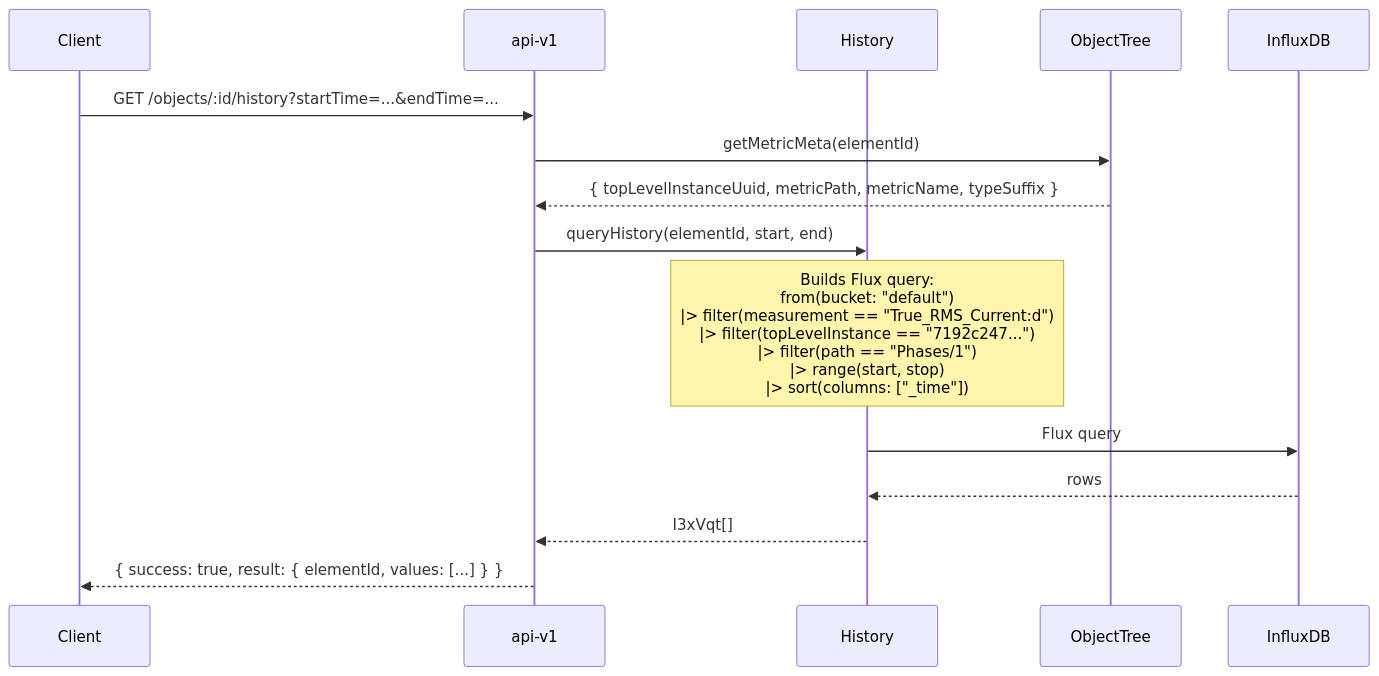
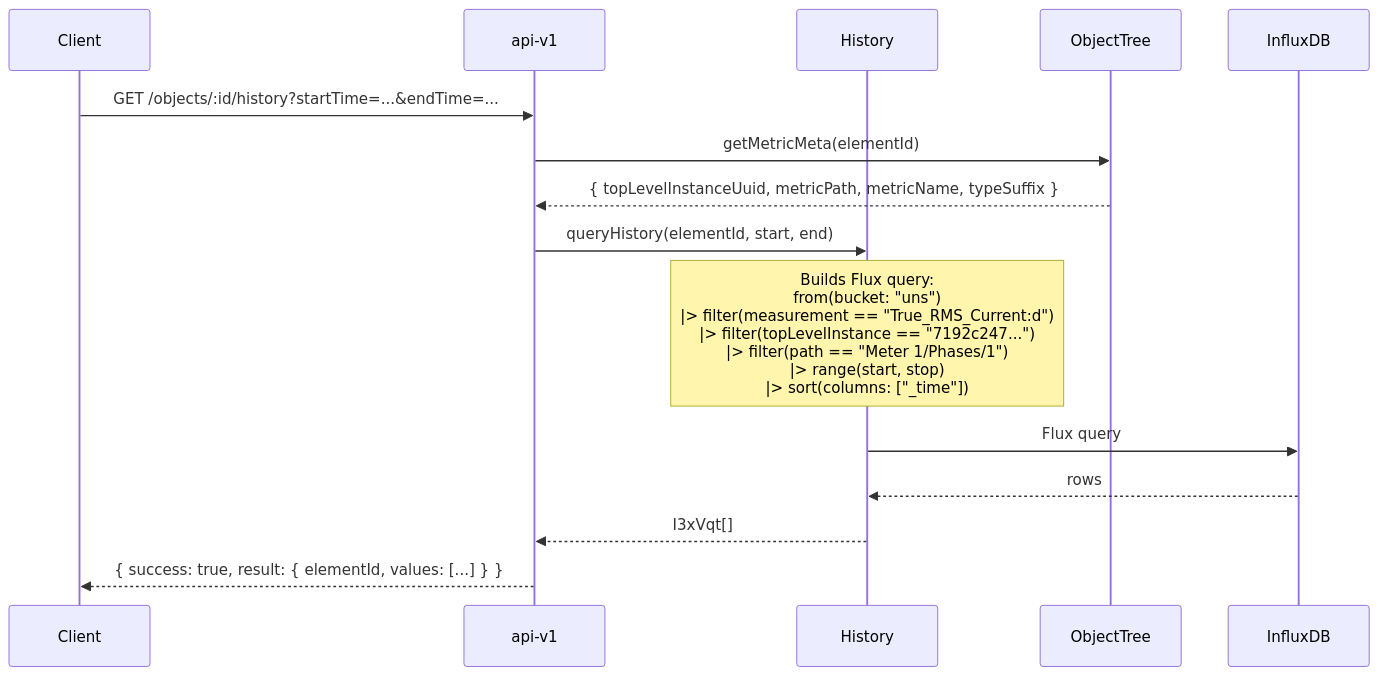
The fourth of 5 diagrams in acs-i3x/docs/architecture.md (AMRC-FactoryPlus/amrc-connectivity-stack), drawn with Mermaid before and after one commit. The commit also changed other lines of this file and 2 other files, not shown here.

First line of the commit message:
Docs: i3X serves the UNS, and the upgrade it needs

````diff
--- a/acs-i3x/docs/architecture.md
+++ b/acs-i3x/docs/architecture.md
@@ -150,20 +150,20 @@
 ```mermaid
 sequenceDiagram
     participant Client
     participant API as api-v1
     participant HI as History
     participant OT as ObjectTree
     participant IDB as InfluxDB
 
     Client->>API: GET /objects/:id/history?startTime=...&endTime=...
     API->>OT: getMetricMeta(elementId)
     OT-->>API: { topLevelInstanceUuid, metricPath, metricName, typeSuffix }
     API->>HI: queryHistory(elementId, start, end)
     
-    Note over HI: Builds Flux query:<br/>from(bucket: "default")<br/>  |> filter(measurement == "True_RMS_Current:d")<br/>  |> filter(topLevelInstance == "7192c247...")<br/>  |> filter(path == "Phases/1")<br/>  |> range(start, stop)<br/>  |> sort(columns: ["_time"])
+    Note over HI: Builds Flux query:<br/>from(bucket: "uns")<br/>  |> filter(measurement == "True_RMS_Current:d")<br/>  |> filter(topLevelInstance == "7192c247...")<br/>  |> filter(path == "Meter 1/Phases/1")<br/>  |> range(start, stop)<br/>  |> sort(columns: ["_time"])
     
     HI->>IDB: Flux query
     IDB-->>HI: rows
     HI-->>API: I3xVqt[]
     API-->>Client: { success: true, result: { elementId, values: [...] } }
 ```
````
